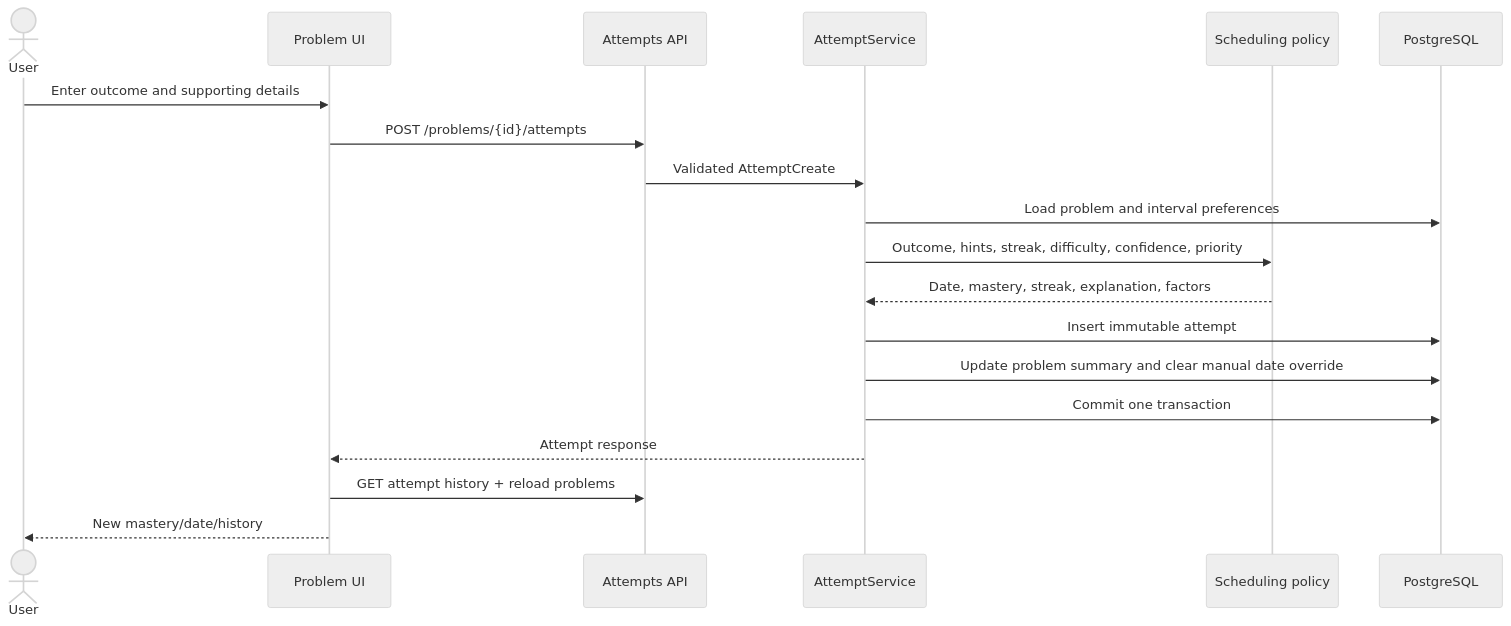
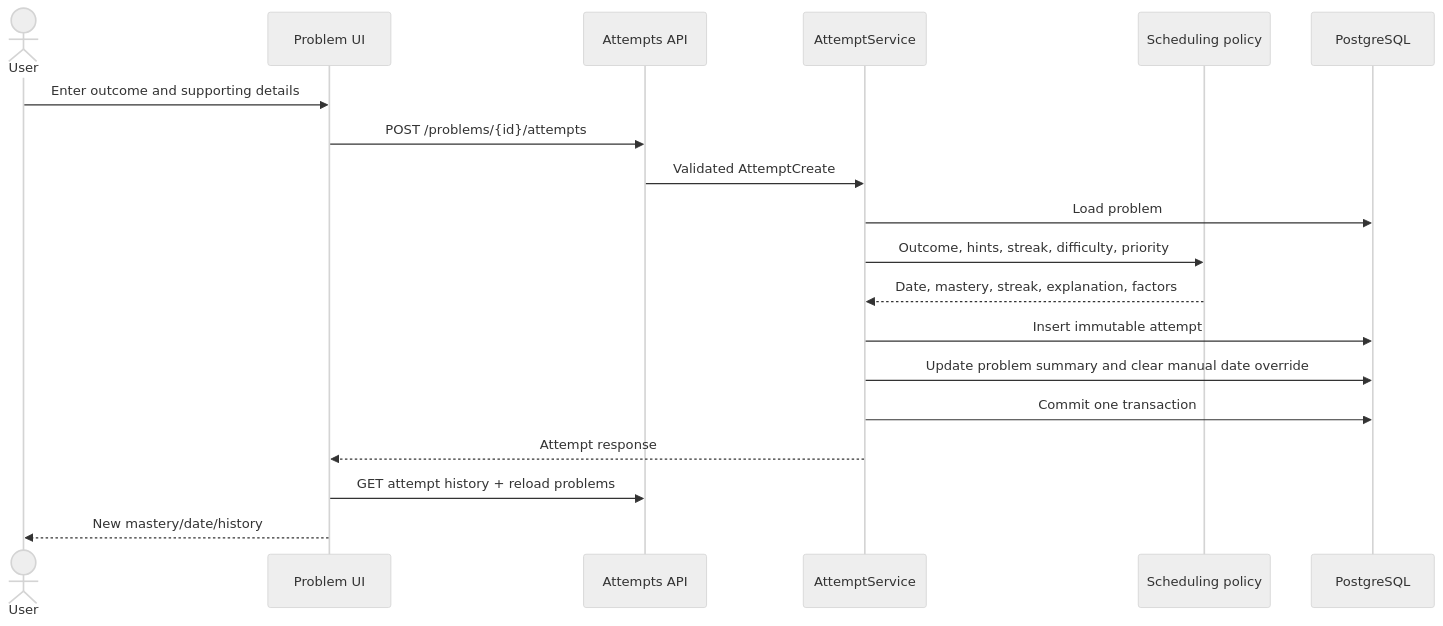
One commit to rpandya1990/codemuscle changed the second of 7 diagrams in docs/workflows.md. Above: the diagram before and after it, drawn with Mermaid (neutral theme). The commit also changed other lines of this file and 20 other files, not shown here.

````diff
--- a/docs/workflows.md
+++ b/docs/workflows.md
@@ -39,21 +39,21 @@
 ```mermaid
 sequenceDiagram
     actor U as User
     participant W as Problem UI
     participant A as Attempts API
     participant S as AttemptService
     participant P as Scheduling policy
     participant D as PostgreSQL
     U->>W: Enter outcome and supporting details
     W->>A: POST /problems/{id}/attempts
     A->>S: Validated AttemptCreate
-    S->>D: Load problem and interval preferences
-    S->>P: Outcome, hints, streak, difficulty, confidence, priority
+    S->>D: Load problem
+    S->>P: Outcome, hints, streak, difficulty, priority
     P-->>S: Date, mastery, streak, explanation, factors
     S->>D: Insert immutable attempt
     S->>D: Update problem summary and clear manual date override
     S->>D: Commit one transaction
     S-->>W: Attempt response
     W->>A: GET attempt history + reload problems
     W-->>U: New mastery/date/history
 ```
````
